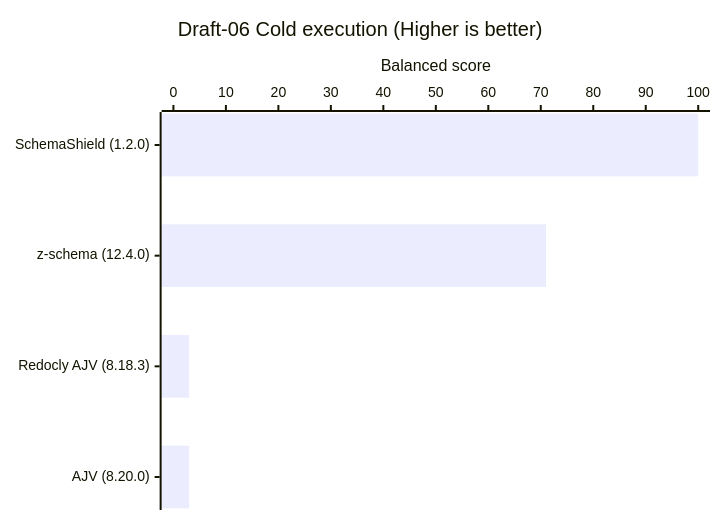
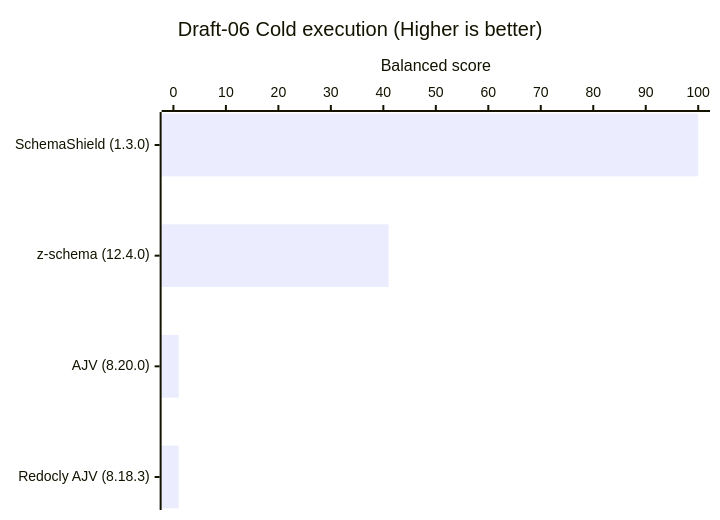
The fourth of 8 diagrams in README.md (Masquerade-Circus/json-schema-validator-bench), drawn with Mermaid before and after one commit. The commit also changed other lines of this file and 238 other files, not shown here.

````diff
--- a/README.md
+++ b/README.md
@@ -175,7 +175,7 @@
 ```mermaid
 xychart horizontal
     title "Draft-06 Cold execution (Higher is better)"
-    x-axis ["SchemaShield (1.2.0)", "z-schema (12.4.0)", "Redocly AJV (8.18.3)", "AJV (8.20.0)"]
+    x-axis ["SchemaShield (1.3.0)", "z-schema (12.4.0)", "AJV (8.20.0)", "Redocly AJV (8.18.3)"]
     y-axis "Balanced score" 0 --> 100
-    bar [100, 71, 3, 3]
+    bar [100, 41, 1, 1]
 ```
````
